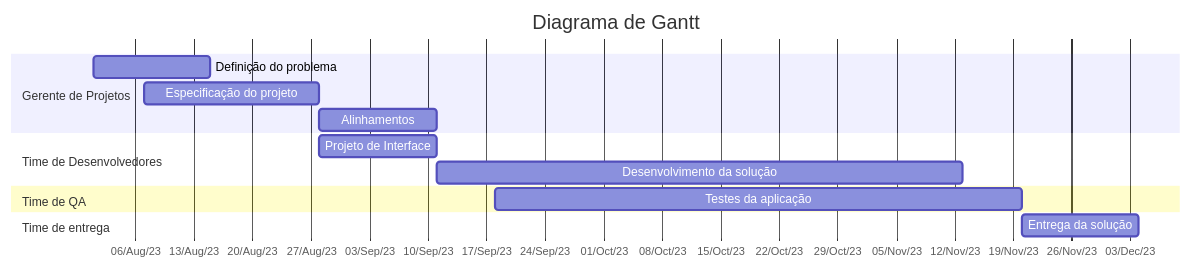
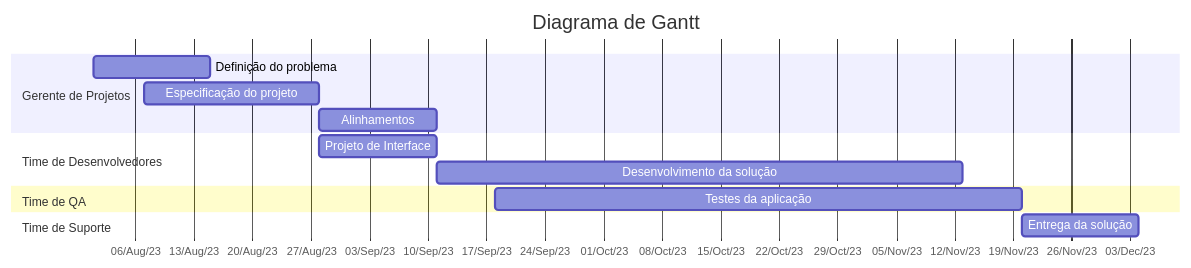
One commit to ICEI-PUC-Minas-PMV-ADS/pmv-ads-2023-2-e3-proj-mov-t3-time4-fit changed the third of 3 diagrams in docs/02-Especificação do Projeto.md. Above: the diagram before and after it, drawn with Mermaid.

Commit message:
Update 02-Especificação do Projeto.md

````diff
--- a/docs/02-Especificação do Projeto.md
+++ b/docs/02-Especificação do Projeto.md
@@ -207,22 +207,22 @@
 ```mermaid
 gantt
     title Diagrama de Gantt
     todayMarker off
     dateFormat  YYYY-MMM-DD
     axisFormat %d/%b/%y
 
     section Gerente de Projetos
     Definição do problema : 2023-08-01, 14d
     Especificação do projeto    : 2023-08-07, 21d
     Alinhamentos  : 2023-08-28, 14d
 
     section Time de Desenvolvedores
     Projeto de Interface      : 2023-08-28, 14d
     Desenvolvimento da solução    : 63d
 
     section Time de QA
     Testes da aplicação : 2023-09-18  , 63d
 
-    section Time de entrega
+    section Time de Suporte
     Entrega da solução  :2023-11-20  , 14d
 ```
````
